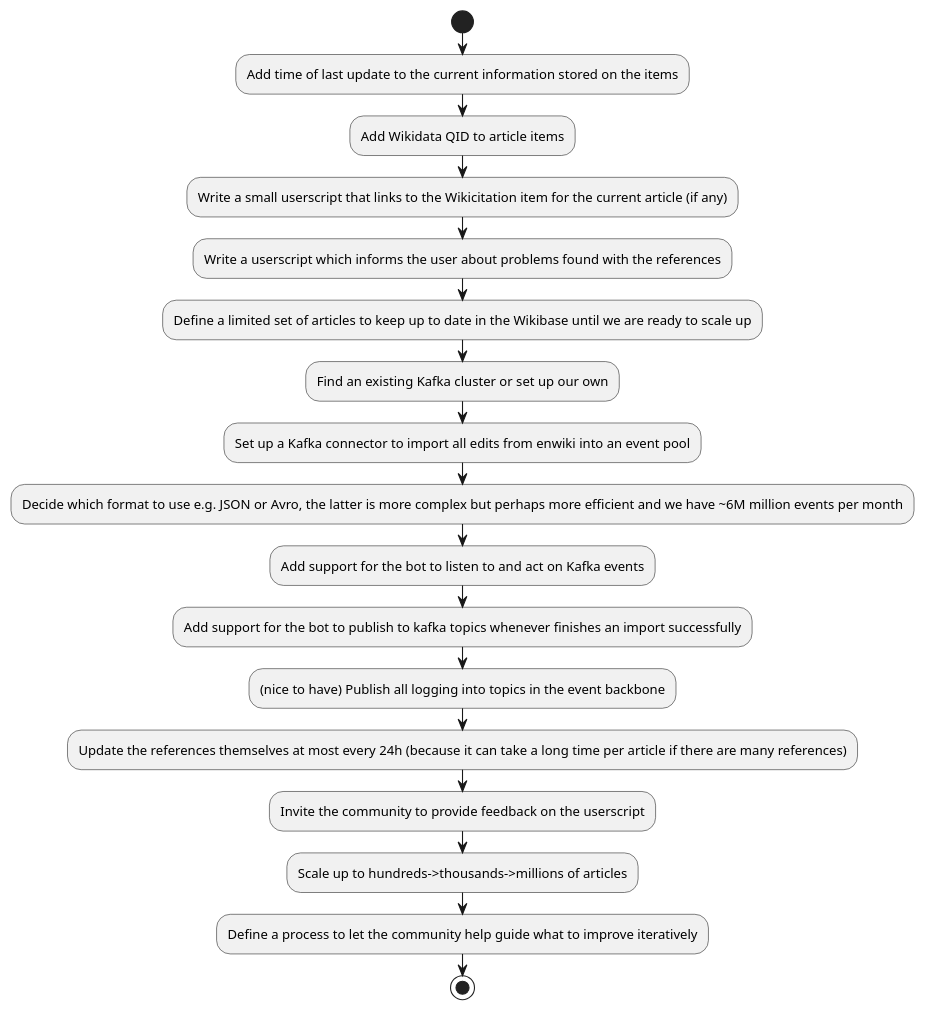
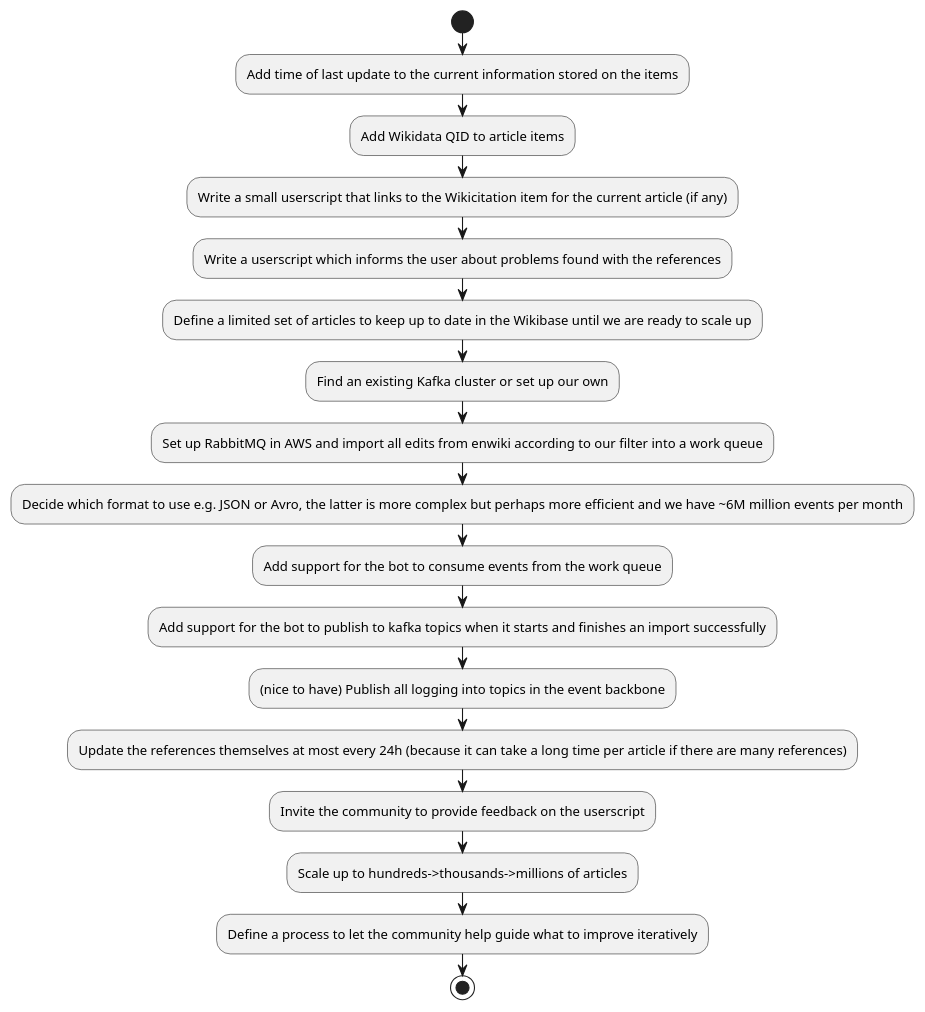
Before and after one commit to internetarchive/iari: the diagram in diagrams/roadmap.puml, drawn with PlantUML.

Commit message:
roadmap.puml: Update further with simpler RabbitMQ idea

```diff
--- a/diagrams/roadmap.puml
+++ b/diagrams/roadmap.puml
@@ -1,22 +1,22 @@
 @startuml
 'https://plantuml.com/activity-diagram-beta
 
 start
 :Add time of last update to the current information stored on the items;
 :Add Wikidata QID to article items;
 :Write a small userscript that links to the Wikicitation item for the current article (if any);
 :Write a userscript which informs the user about problems found with the references;
 :Define a limited set of articles to keep up to date in the Wikibase until we are ready to scale up;
 :Find an existing Kafka cluster or set up our own;
-:Set up a Kafka connector to import all edits from enwiki into an event pool;
+:Set up RabbitMQ in AWS and import all edits from enwiki according to our filter into a work queue;
 :Decide which format to use e.g. JSON or Avro, the latter is more complex but perhaps more efficient and we have ~6M million events per month;
-:Add support for the bot to listen to and act on Kafka events;
-:Add support for the bot to publish to kafka topics whenever finishes an import successfully;
+:Add support for the bot to consume events from the work queue;
+:Add support for the bot to publish to kafka topics when it starts and finishes an import successfully;
 :(nice to have) Publish all logging into topics in the event backbone;
 :Update the references themselves at most every 24h (because it can take a long time per article if there are many references);
 :Invite the community to provide feedback on the userscript;
 :Scale up to hundreds->thousands->millions of articles;
 :Define a process to let the community help guide what to improve iteratively;
 stop
 
 @enduml
```
